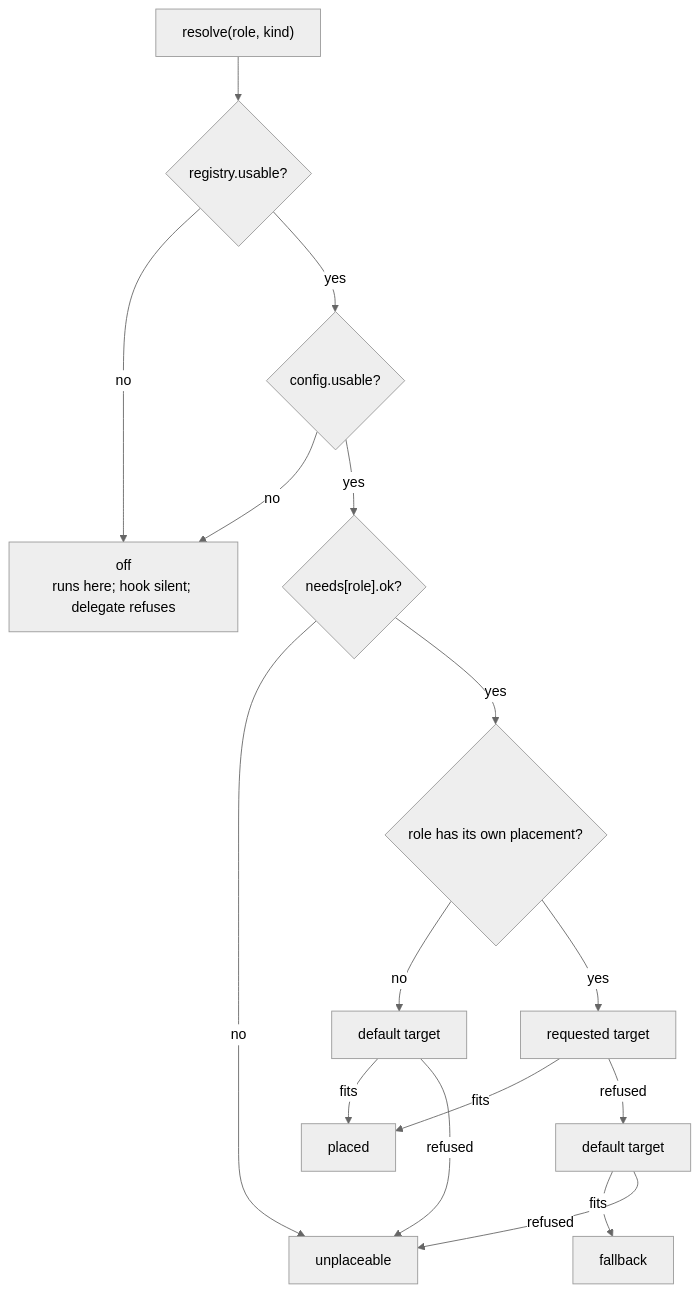
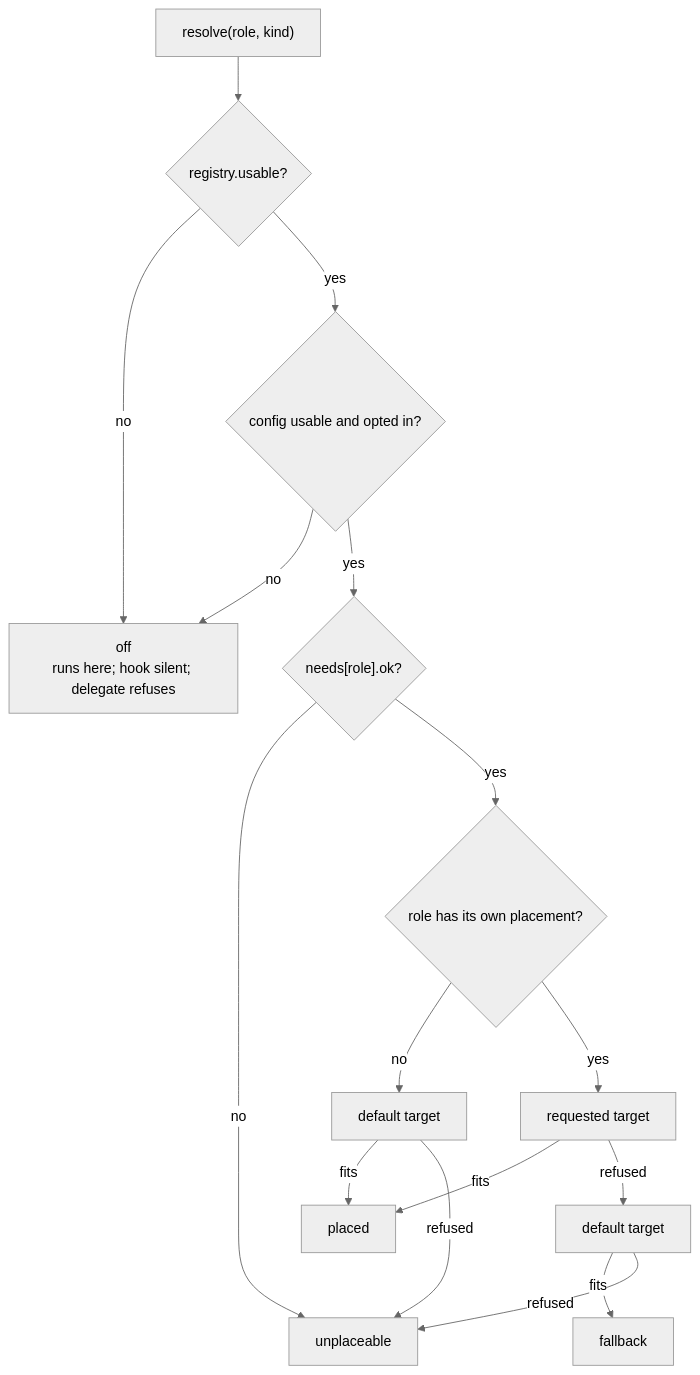
One commit to pattern-stack/claudecode-patterns changed the second of 2 diagrams in .ai-docs/stacks/machines/specs/137.md. Above: the diagram before and after it, drawn with Mermaid (neutral theme). The commit also changed other lines of this file, not shown here.

````diff
--- a/.ai-docs/stacks/machines/specs/137.md
+++ b/.ai-docs/stacks/machines/specs/137.md
@@ -189,18 +239,18 @@
 ```mermaid
 flowchart TD
   S["resolve(role, kind)"] --> R{"registry.usable?"}
   R -- no --> OFF["off<br/>runs here; hook silent; delegate refuses"]
-  R -- yes --> C{"config.usable?"}
+  R -- yes --> C{"config usable and opted in?"}
   C -- no --> OFF
   C -- yes --> N{"needs[role].ok?"}
   N -- no --> UN["unplaceable"]
   N -- yes --> RQ{"role has its own placement?"}
   RQ -- "no" --> DT["default target"]
   RQ -- yes --> T1["requested target"]
   T1 -- fits --> PL["placed"]
   T1 -- refused --> DT2["default target"]
   DT -- fits --> PL
   DT -- refused --> UN
   DT2 -- fits --> FB["fallback"]
   DT2 -- refused --> UN
 ```
````
